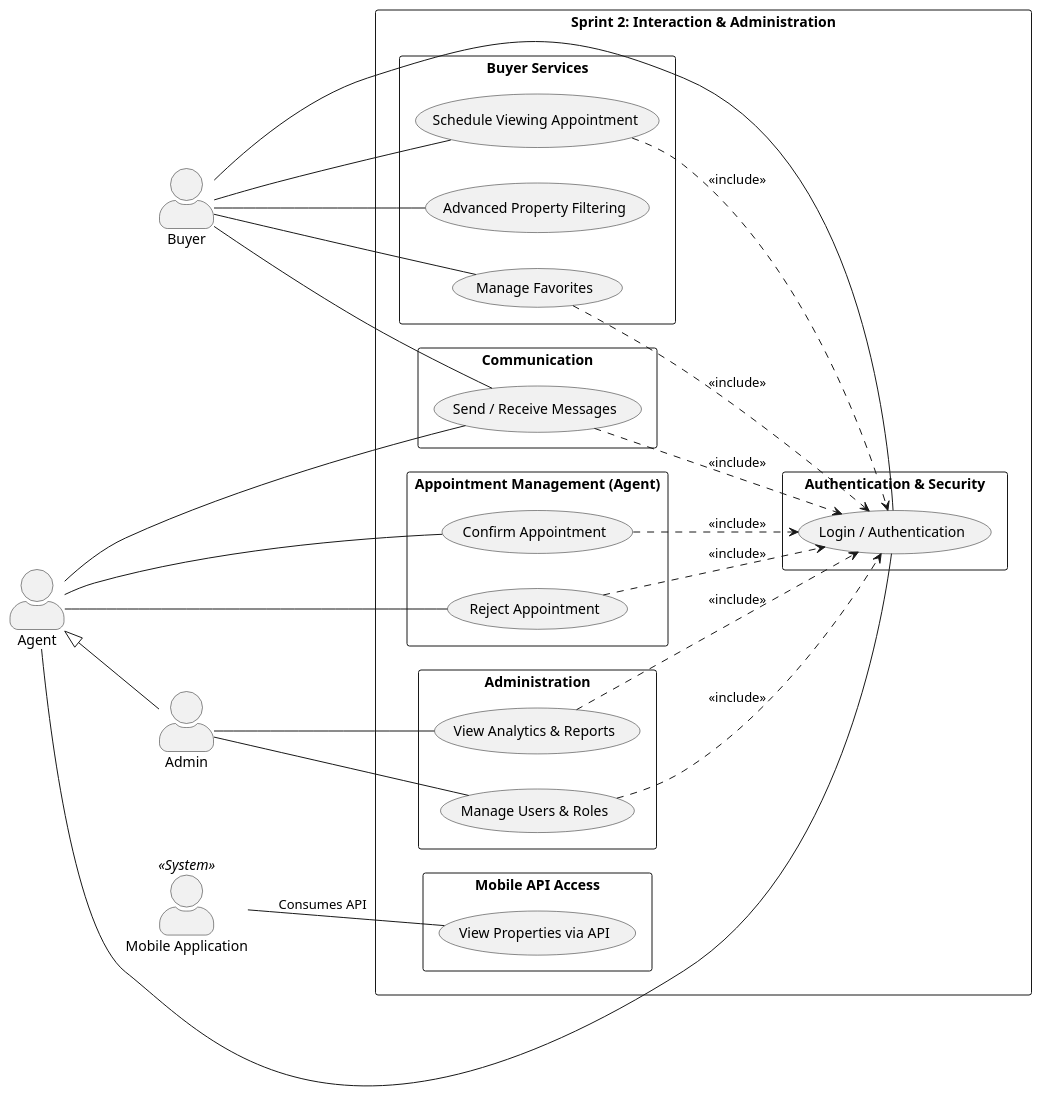
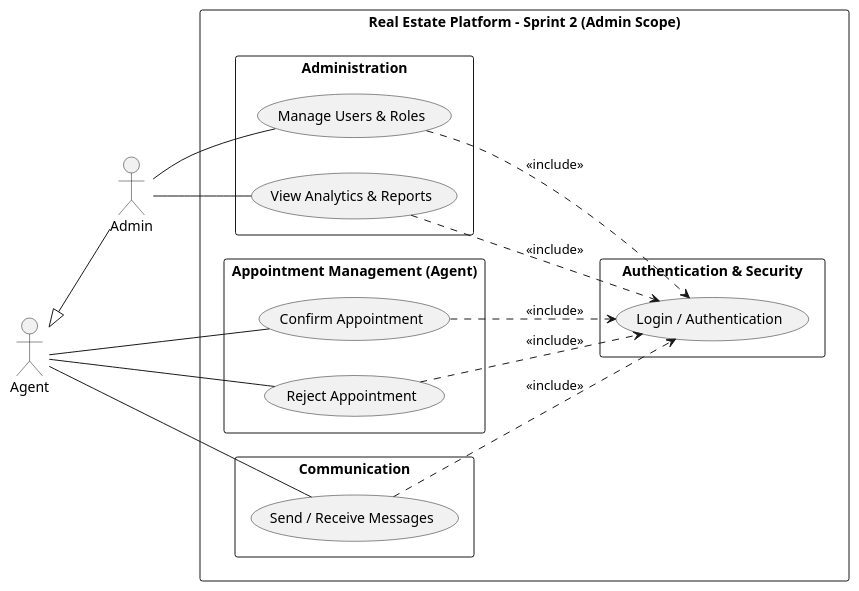
Before and after one commit to AZIZ-Soufiane/PropertyHub-PFE: the diagram in UseCase/Sprint2_UseCase.puml, drawn with PlantUML. The commit also changed 6 other files, not shown here.

```diff
--- a/UseCase/Sprint2_UseCase.puml
+++ b/UseCase/Sprint2_UseCase.puml
@@ -1,77 +1,44 @@
 @startuml
 left to right direction
 skinparam packageStyle rectangle
-skinparam shadowing false
-skinparam actorStyle awesome
 
-' Actors
-actor "Buyer" as Buyer
-actor "Agent" as Agent
-actor "Admin" as Admin
-actor "Mobile Application" as MobileApp <<System>>
+actor "Agent" as agent
+actor "Admin" as admin
 
-' Hierarchy
-Agent <|-- Admin
+admin -up-|> agent
 
-rectangle "Sprint 2: Interaction & Administration" {
+rectangle "Real Estate Platform - Sprint 2 (Admin Scope)" {
 
-  package "Authentication & Security" {
-      usecase "Login / Authentication" as Login
-  }
+    rectangle "Authentication & Security" {
+        usecase "Login / Authentication" as UC_Auth
+    }
 
-  package "Buyer Services" {
-      usecase "Manage Favorites" as Favorites
-      usecase "Schedule Viewing Appointment" as Appointment
-      usecase "Advanced Property Filtering" as Filter
-  }
+    rectangle "Administration" {
+        usecase "View Analytics & Reports" as UC_Analytics
+        usecase "Manage Users & Roles" as UC_ManageUsers
+    }
 
-  package "Communication" {
-      usecase "Send / Receive Messages" as Messaging
-  }
+    rectangle "Appointment Management (Agent)" {
+        usecase "Confirm Appointment" as UC_Confirm
+        usecase "Reject Appointment" as UC_Reject
+    }
 
-  package "Appointment Management (Agent)" {
-      usecase "Confirm Appointment" as Confirm
-      usecase "Reject Appointment" as Reject
-  }
-
-  package "Administration" {
-      usecase "Manage Users & Roles" as Users
-      usecase "View Analytics & Reports" as Analytics
-  }
-
-  package "Mobile API Access" {
-      usecase "View Properties via API" as APIView
-  }
-
+    rectangle "Communication" {
+        usecase "Send / Receive Messages" as UC_Messages
+    }
 }
 
-' Buyer actions
-Buyer -- Login
-Buyer -- Favorites
-Buyer -- Appointment
-Buyer -- Messaging
-Buyer -- Filter
+admin -- UC_Analytics
+admin -- UC_ManageUsers
 
-' Agent actions
-Agent -- Login
-Agent -- Messaging
-Agent -- Confirm
-Agent -- Reject
+agent -- UC_Messages
+agent -- UC_Confirm
+agent -- UC_Reject
 
-' Admin actions
-Admin -- Users
-Admin -- Analytics
-
-' Mobile application
-MobileApp -- APIView : Consumes API
-
-' Security includes
-Favorites ..> Login : <<include>>
-Appointment ..> Login : <<include>>
-Messaging ..> Login : <<include>>
-Confirm ..> Login : <<include>>
-Reject ..> Login : <<include>>
-Users ..> Login : <<include>>
-Analytics ..> Login : <<include>>
+UC_Messages ..> UC_Auth : <<include>>
+UC_Confirm ..> UC_Auth : <<include>>
+UC_Reject ..> UC_Auth : <<include>>
+UC_Analytics ..> UC_Auth : <<include>>
+UC_ManageUsers ..> UC_Auth : <<include>>
 
 @enduml
```
